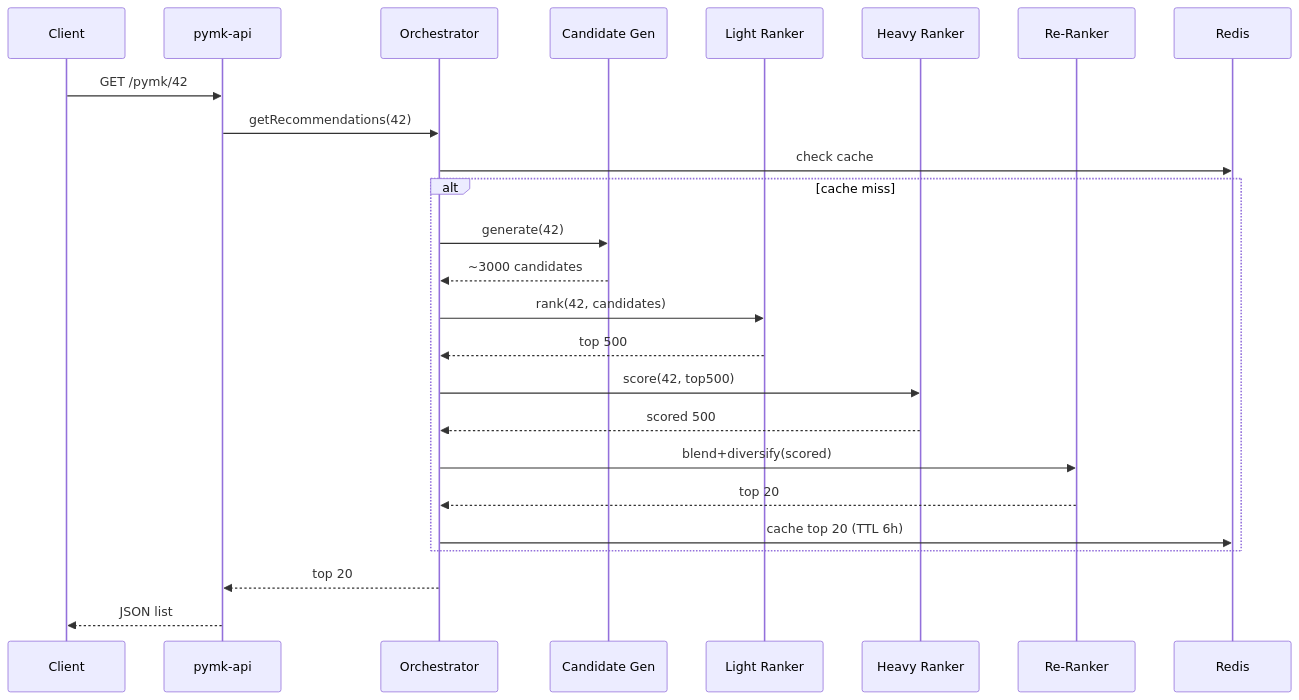
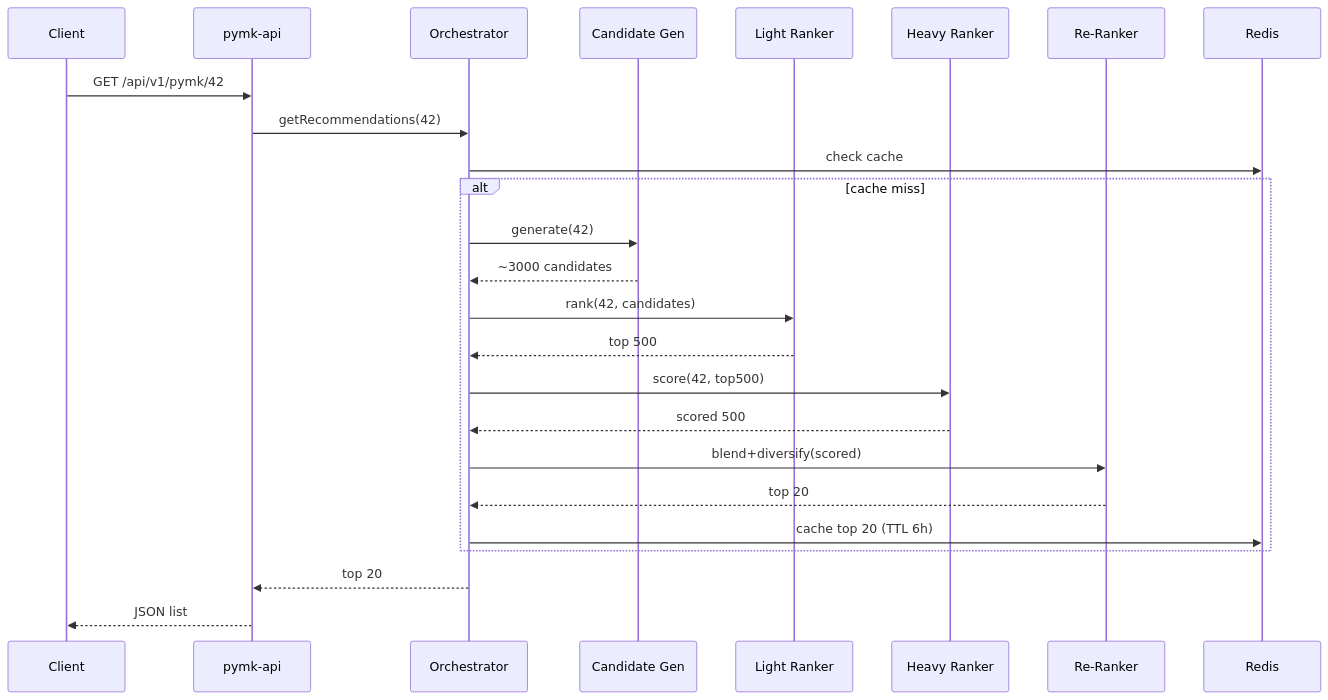
The second of 2 diagrams in docs/PYMK_DESIGN.md (AhdyAhmed/People-You-May-Know-PYMK), drawn with Mermaid before and after one commit. The commit also changed other lines of this file and 24 other files, not shown here.

````diff
--- a/docs/PYMK_DESIGN.md
+++ b/docs/PYMK_DESIGN.md
@@ -233,27 +278,27 @@
 ```mermaid
 sequenceDiagram
     participant Client
     participant API as pymk-api
     participant Orch as Orchestrator
     participant L0 as Candidate Gen
     participant L1 as Light Ranker
     participant L2 as Heavy Ranker
     participant RR as Re-Ranker
     participant Redis
-    Client->>API: GET /pymk/42
+    Client->>API: GET /api/v1/pymk/42
     API->>Orch: getRecommendations(42)
     Orch->>Redis: check cache
     alt cache miss
         Orch->>L0: generate(42)
         L0-->>Orch: ~3000 candidates
         Orch->>L1: rank(42, candidates)
         L1-->>Orch: top 500
         Orch->>L2: score(42, top500)
         L2-->>Orch: scored 500
         Orch->>RR: blend+diversify(scored)
         RR-->>Orch: top 20
         Orch->>Redis: cache top 20 (TTL 6h)
     end
     Orch-->>API: top 20
     API-->>Client: JSON list
 ```
````
